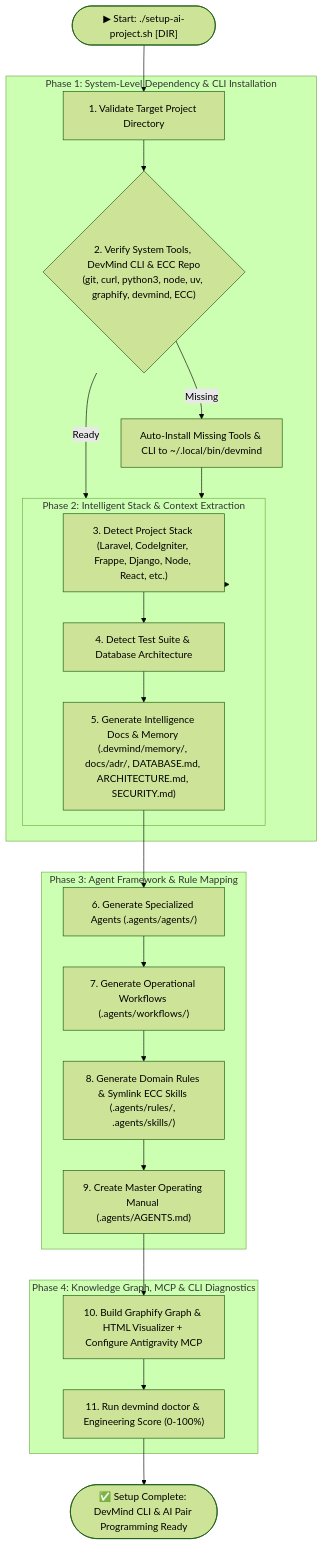
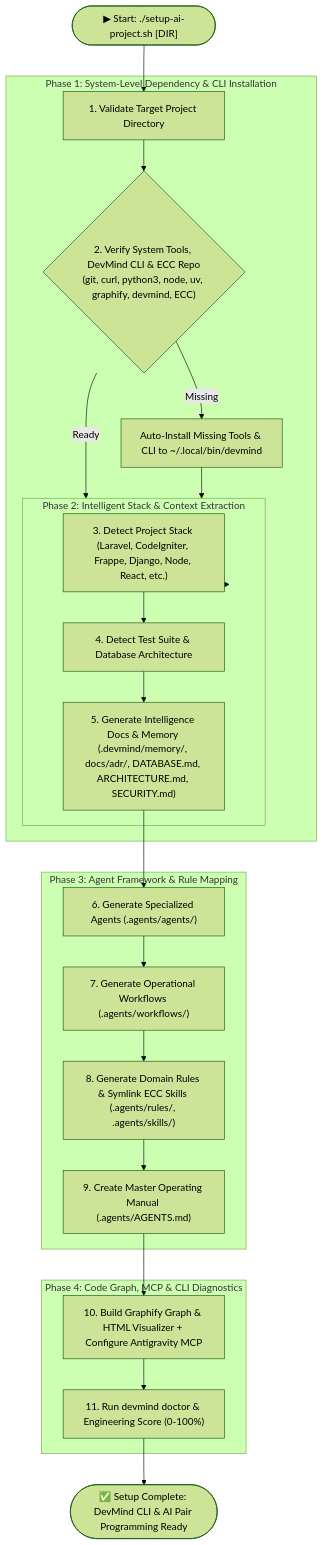
Before and after one commit to devinvento/DevMind: the first of 2 diagrams in README.md, drawn with Mermaid (forest theme). The commit also changed other lines of this file and 13 other files, not shown here.

Commit message:
refactor: rename Knowledge Graph terminology to Code Graph throughout project documentation and VS Code extension

````diff
--- a/README.md
+++ b/README.md
@@ -15,31 +15,31 @@
 ```mermaid
 flowchart TD
     Start(["▶ Start: ./setup-ai-project.sh [DIR]"]) --> Step1["1. Validate Target Project Directory"]
 
     subgraph Phase1 ["Phase 1: System-Level Dependency & CLI Installation"]
         Step1 --> Step2{"2. Verify System Tools, DevMind CLI & ECC Repo<br/>(git, curl, python3, node, uv, graphify, devmind, ECC)"}
         Step2 -- "Missing" --> AutoInstall["Auto-Install Missing Tools & CLI to ~/.local/bin/devmind"]
         Step2 -- "Ready" --> Phase2
         AutoInstall --> Phase2
     end
 
     subgraph Phase2 ["Phase 2: Intelligent Stack & Context Extraction"]
         Phase2 --> Step3["3. Detect Project Stack (Laravel, CodeIgniter, Frappe, Django, Node, React, etc.)"]
         Step3 --> Step4["4. Detect Test Suite & Database Architecture"]
         Step4 --> Step5["5. Generate Intelligence Docs & Memory (.devmind/memory/, docs/adr/, DATABASE.md, ARCHITECTURE.md, SECURITY.md)"]
     end
 
     subgraph Phase3 ["Phase 3: Agent Framework & Rule Mapping"]
         Step5 --> Step6["6. Generate Specialized Agents (.agents/agents/)"]
         Step6 --> Step7["7. Generate Operational Workflows (.agents/workflows/)"]
         Step7 --> Step8["8. Generate Domain Rules & Symlink ECC Skills (.agents/rules/, .agents/skills/)"]
         Step8 --> Step9["9. Create Master Operating Manual (.agents/AGENTS.md)"]
     end
 
-    subgraph Phase4 ["Phase 4: Knowledge Graph, MCP & CLI Diagnostics"]
+    subgraph Phase4 ["Phase 4: Code Graph, MCP & CLI Diagnostics"]
         Step9 --> Step10["10. Build Graphify Graph & HTML Visualizer + Configure Antigravity MCP"]
         Step10 --> Step11["11. Run devmind doctor & Engineering Score (0-100%)"]
     end
 
     Step11 --> End(["✅ Setup Complete: DevMind CLI & AI Pair Programming Ready"])
 ```
````
